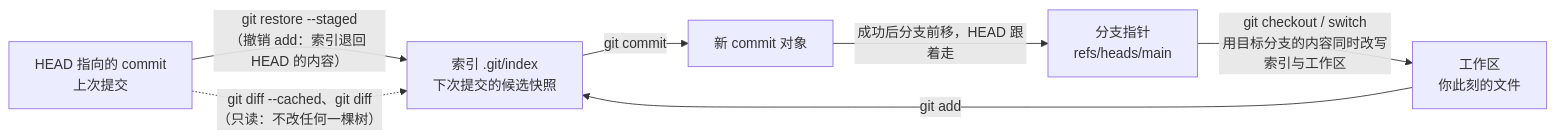
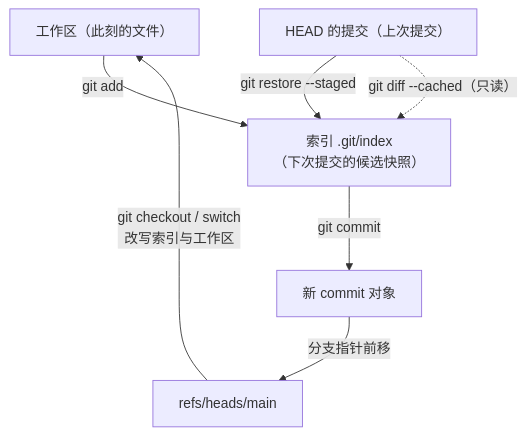
The diagram in git-course/04-index-staging.md (yuanguangshan/sourcepack), drawn with Mermaid before and after one commit. The commit also changed 7 other files, not shown here.

First line of the commit message:
book: 修图的"看不清"问题 —— 不缩放 + 收窄超宽图（实测有效字号 3.2px → 16px）

````diff
--- a/git-course/04-index-staging.md
+++ b/git-course/04-index-staging.md
@@ -40,15 +40,9 @@
 ```mermaid
-flowchart LR
-    HEAD["HEAD 指向的 commit<br/>上次提交"]
-    WT["工作区<br/>你此刻的文件"]
-    IDX["索引 .git/index<br/>下次提交的候选快照"]
-    NEW["新 commit 对象"]
-    BR["分支指针<br/>refs/heads/main"]
-
-    WT -->|"git add"| IDX
-    HEAD -->|"git restore --staged<br/>（撤销 add：索引退回 HEAD 的内容）"| IDX
-    IDX -->|"git commit"| NEW
-    NEW -->|"成功后分支前移，HEAD 跟着走"| BR
-    BR -->|"git checkout / switch<br/>用目标分支的内容同时改写索引与工作区"| WT
-    HEAD -.->|"git diff --cached、git diff<br/>（只读：不改任何一棵树）"| IDX
+flowchart TD
+    WT["工作区（此刻的文件）"] -->|"git add"| IDX["索引 .git/index<br/>（下次提交的候选快照）"]
+    HEAD["HEAD 的提交（上次提交）"] -->|"git restore --staged"| IDX
+    IDX -->|"git commit"| NEW["新 commit 对象"]
+    NEW -->|"分支指针前移"| BR["refs/heads/main"]
+    BR -->|"git checkout / switch<br/>改写索引与工作区"| WT
+    HEAD -.->|"git diff --cached（只读）"| IDX
 ```
````
